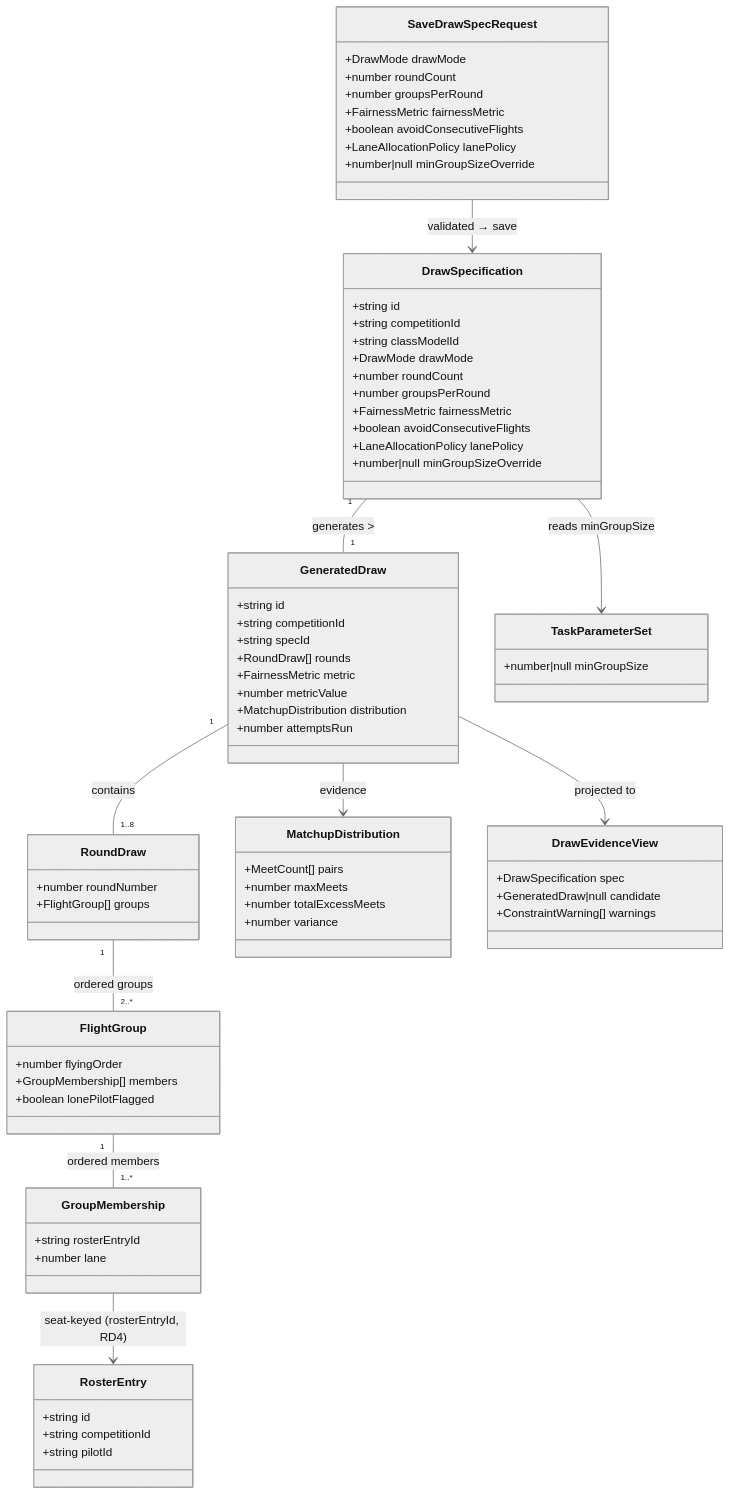
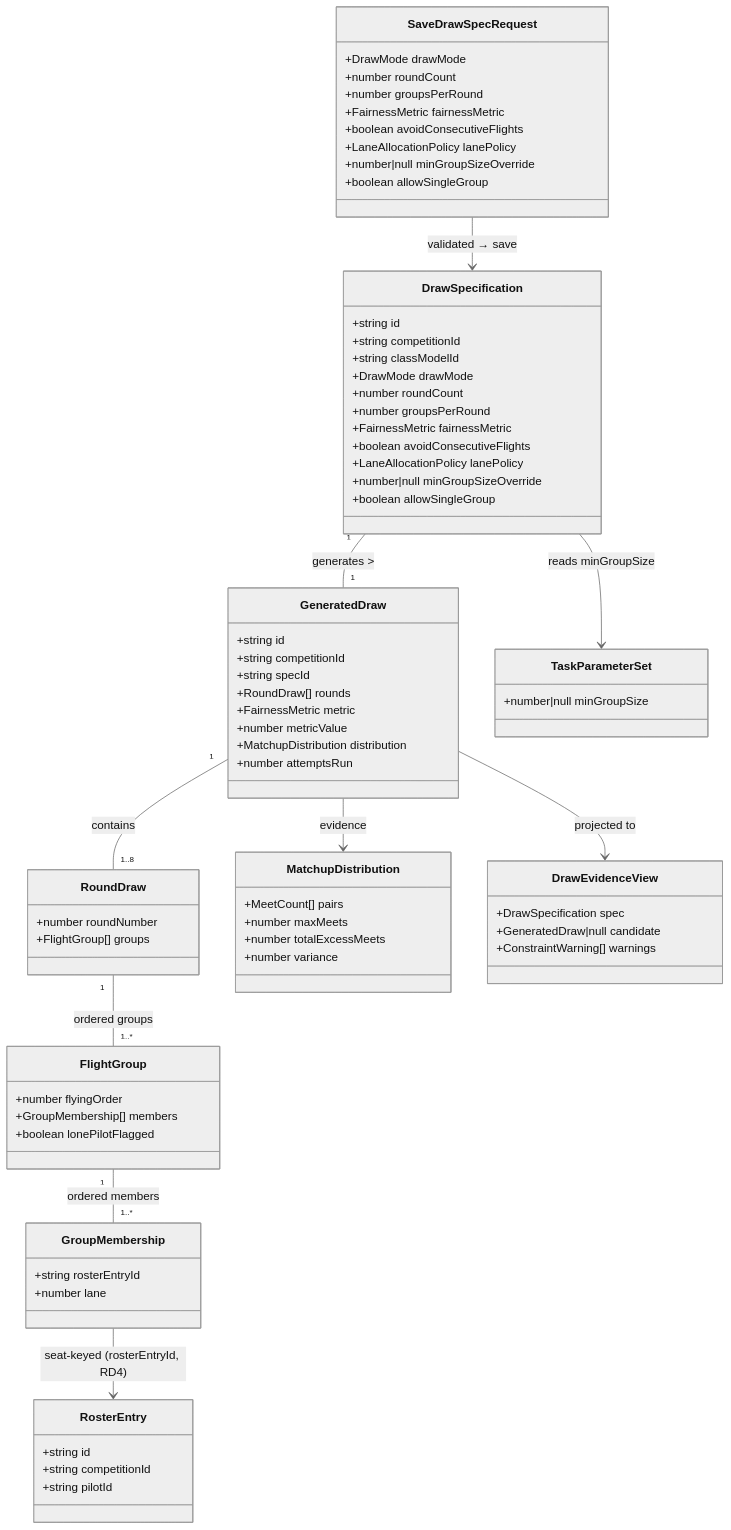
The diagram in spdd/prompt/STORY-001-009-202607111500-[Feat]-draw-specification-and-generation.md (petegee/Soarscore), drawn with Mermaid (neutral theme) before and after one commit. The commit also changed other lines of this file and 26 other files, not shown here.

```diff
--- a/spdd/prompt/STORY-001-009-202607111500-[Feat]-draw-specification-and-generation.md
+++ b/spdd/prompt/STORY-001-009-202607111500-[Feat]-draw-specification-and-generation.md
@@ -42,6 +48,7 @@
   +boolean avoidConsecutiveFlights
   +LaneAllocationPolicy lanePolicy
   +number|null minGroupSizeOverride
+  +boolean allowSingleGroup
 }
 
 class GeneratedDraw {
@@ -96,6 +103,7 @@
   +boolean avoidConsecutiveFlights
   +LaneAllocationPolicy lanePolicy
   +number|null minGroupSizeOverride
+  +boolean allowSingleGroup
 }
 
 class DrawEvidenceView {
@@ -106,7 +114,7 @@
 
 DrawSpecification "1" -- "1" GeneratedDraw : generates >
 GeneratedDraw "1" -- "1..8" RoundDraw : contains
-RoundDraw "1" -- "2..*" FlightGroup : ordered groups
+RoundDraw "1" -- "1..*" FlightGroup : ordered groups
 FlightGroup "1" -- "1..*" GroupMembership : ordered members
 GroupMembership --> RosterEntry : seat-keyed (rosterEntryId, RD4)
 GeneratedDraw --> MatchupDistribution : evidence
```
